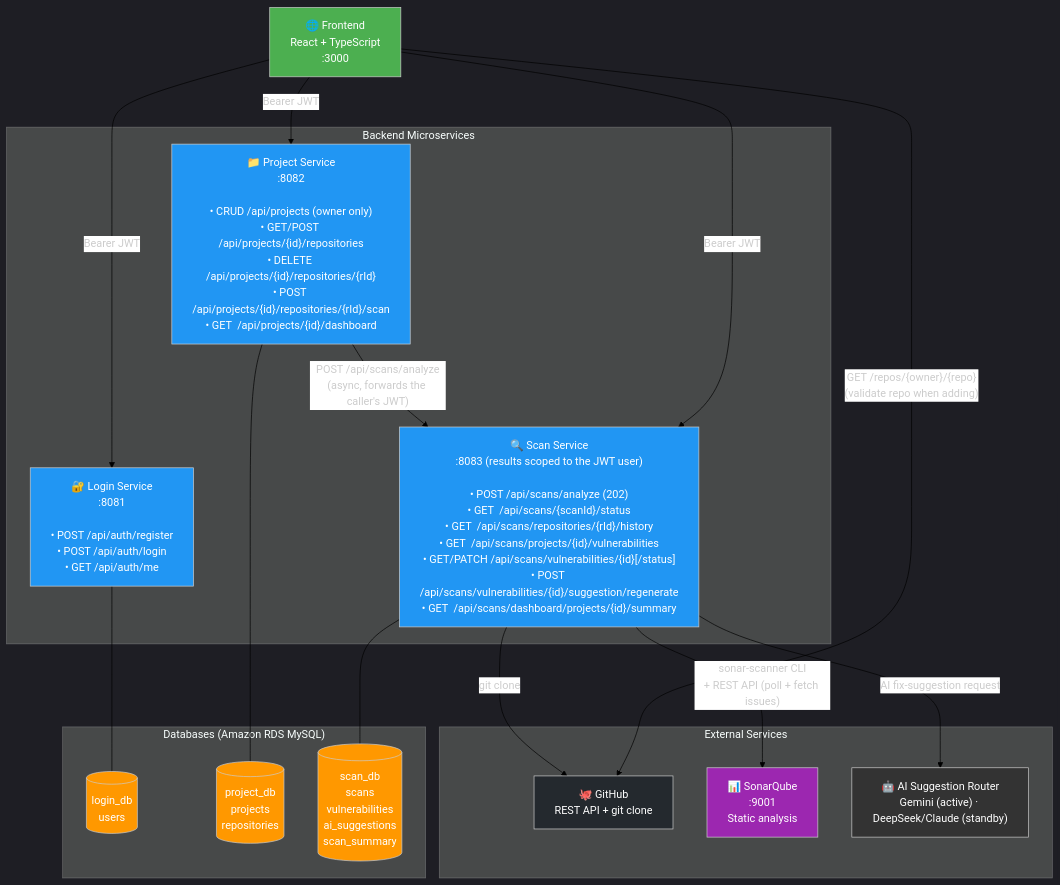
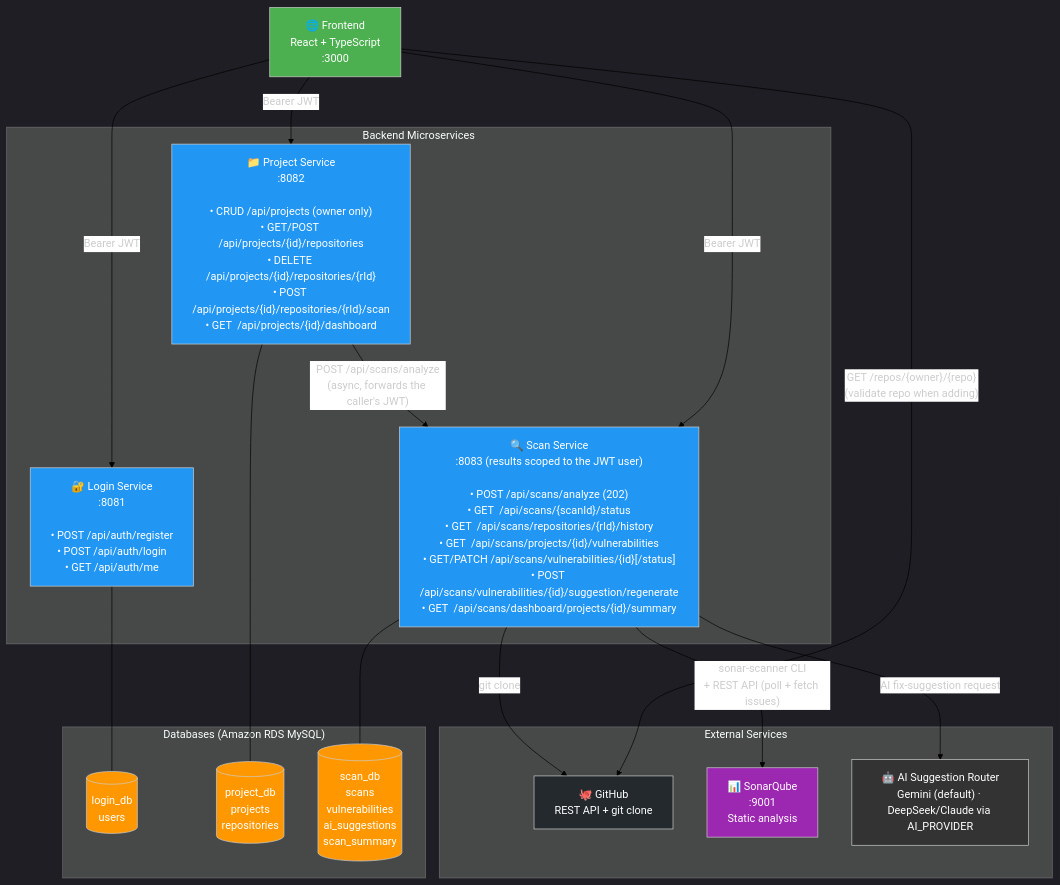
The diagram in docs/Microservice Communication.mermaid (kaldrake/NUSISS_ProjectManagementPortal), drawn with Mermaid before and after one commit. The commit also changed 12 other files, not shown here.

Commit message:
fixes for default login and diagrams

```diff
--- a/docs/Microservice Communication.mermaid
+++ b/docs/Microservice Communication.mermaid
@@ -1,52 +1,52 @@
 %%{init: {'theme': 'dark', 'themeVariables': {'lineColor': '#000000', 'edgeLabelBackground': '#ffffff'}}}%%
 graph TD
     FE["🌐 Frontend<br>React + TypeScript<br>:3000"]
 
     subgraph "Backend Microservices"
         LS["🔐 Login Service<br>:8081<br><br>• POST /api/auth/register<br>• POST /api/auth/login<br>• GET  /api/auth/me"]
         PS["📁 Project Service<br>:8082<br><br>• CRUD /api/projects (owner only)<br>• GET/POST /api/projects/{id}/repositories<br>• DELETE /api/projects/{id}/repositories/{rId}<br>• POST /api/projects/{id}/repositories/{rId}/scan<br>• GET  /api/projects/{id}/dashboard"]
         SCS["🔍 Scan Service<br>:8083 (results scoped to the JWT user)<br><br>• POST /api/scans/analyze (202)<br>• GET  /api/scans/{scanId}/status<br>• GET  /api/scans/repositories/{rId}/history<br>• GET  /api/scans/projects/{id}/vulnerabilities<br>• GET/PATCH /api/scans/vulnerabilities/{id}[/status]<br>• POST /api/scans/vulnerabilities/{id}/suggestion/regenerate<br>• GET  /api/scans/dashboard/projects/{id}/summary"]
     end
 
     subgraph "Databases (Amazon RDS MySQL)"
         LDB[("login_db<br>users")]
         PDB[("project_db<br>projects<br>repositories")]
         SDB[("scan_db<br>scans<br>vulnerabilities<br>ai_suggestions<br>scan_summary")]
     end
 
     subgraph "External Services"
         GH["🐙 GitHub<br>REST API + git clone"]
         SQ["📊 SonarQube<br>:9001<br>Static analysis"]
-        AI["🤖 AI Suggestion Router<br>Gemini (active) · DeepSeek/Claude (standby)"]
+        AI["🤖 AI Suggestion Router<br>Gemini (default) · DeepSeek/Claude via AI_PROVIDER"]
     end
 
     %% Frontend → all services
     FE -->|"Bearer JWT"| LS
     FE -->|"Bearer JWT"| PS
     FE -->|"Bearer JWT"| SCS
     FE -->|"GET /repos/{owner}/{repo}<br>(validate repo when adding)"| GH
 
     %% Service-to-service (internal HTTP)
     PS -->|"POST /api/scans/analyze<br>(async, forwards the caller's JWT)"| SCS
 
     %% Services → their DBs
     LS --- LDB
     PS --- PDB
     SCS --- SDB
 
     %% External integrations
     SCS -->|"git clone"| GH
     SCS -->|"sonar-scanner CLI<br>+ REST API (poll + fetch issues)"| SQ
     SCS -->|"AI fix-suggestion request"| AI
 
     %% Styling
     style FE fill:#4CAF50,color:#fff
     style LS fill:#2196F3,color:#fff
     style PS fill:#2196F3,color:#fff
     style SCS fill:#2196F3,color:#fff
     style LDB fill:#FF9800,color:#fff
     style PDB fill:#FF9800,color:#fff
     style SDB fill:#FF9800,color:#fff
     style GH fill:#24292e,color:#fff
     style SQ fill:#9C27B0,color:#fff
     style AI fill:#333,color:#fff
```
